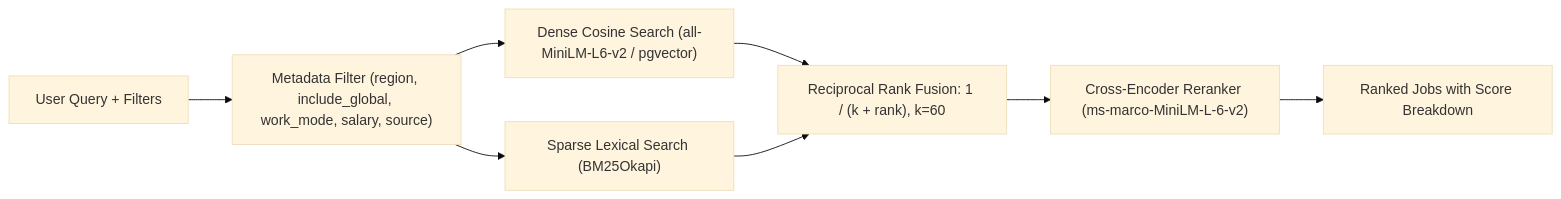
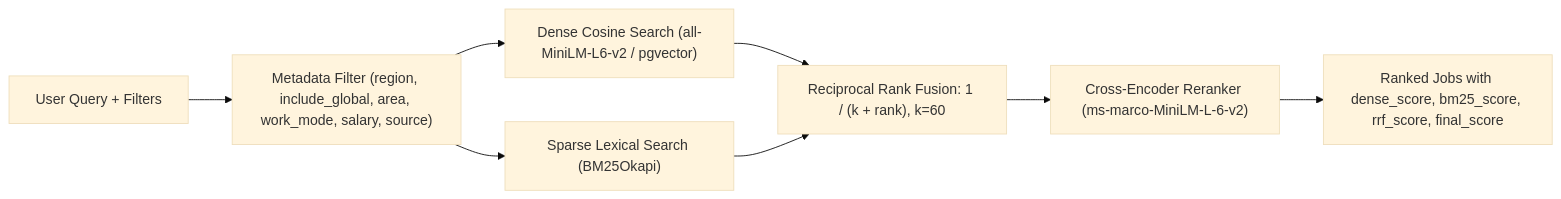
One commit to souvik082003/Medo changed the third of 4 diagrams in README.md. Above: the diagram before and after it, drawn with Mermaid (base theme). The commit also changed other lines of this file and 6 other files, not shown here.

````diff
--- a/README.md
+++ b/README.md
@@ -164,10 +175,10 @@
 ```mermaid
 flowchart LR
-  Q["User Query + Filters"] --> F["Metadata Filter (region, include_global, work_mode, salary, source)"]
+  Q["User Query + Filters"] --> F["Metadata Filter (region, include_global, area, work_mode, salary, source)"]
   F --> D["Dense Cosine Search (all-MiniLM-L6-v2 / pgvector)"]
   F --> S["Sparse Lexical Search (BM25Okapi)"]
   D --> RRF["Reciprocal Rank Fusion: 1 / (k + rank), k=60"]
   S --> RRF
   RRF --> CE["Cross-Encoder Reranker (ms-marco-MiniLM-L-6-v2)"]
-  CE --> OUT["Ranked Jobs with Score Breakdown"]
+  CE --> OUT["Ranked Jobs with dense_score, bm25_score, rrf_score, final_score"]
 ```
````
